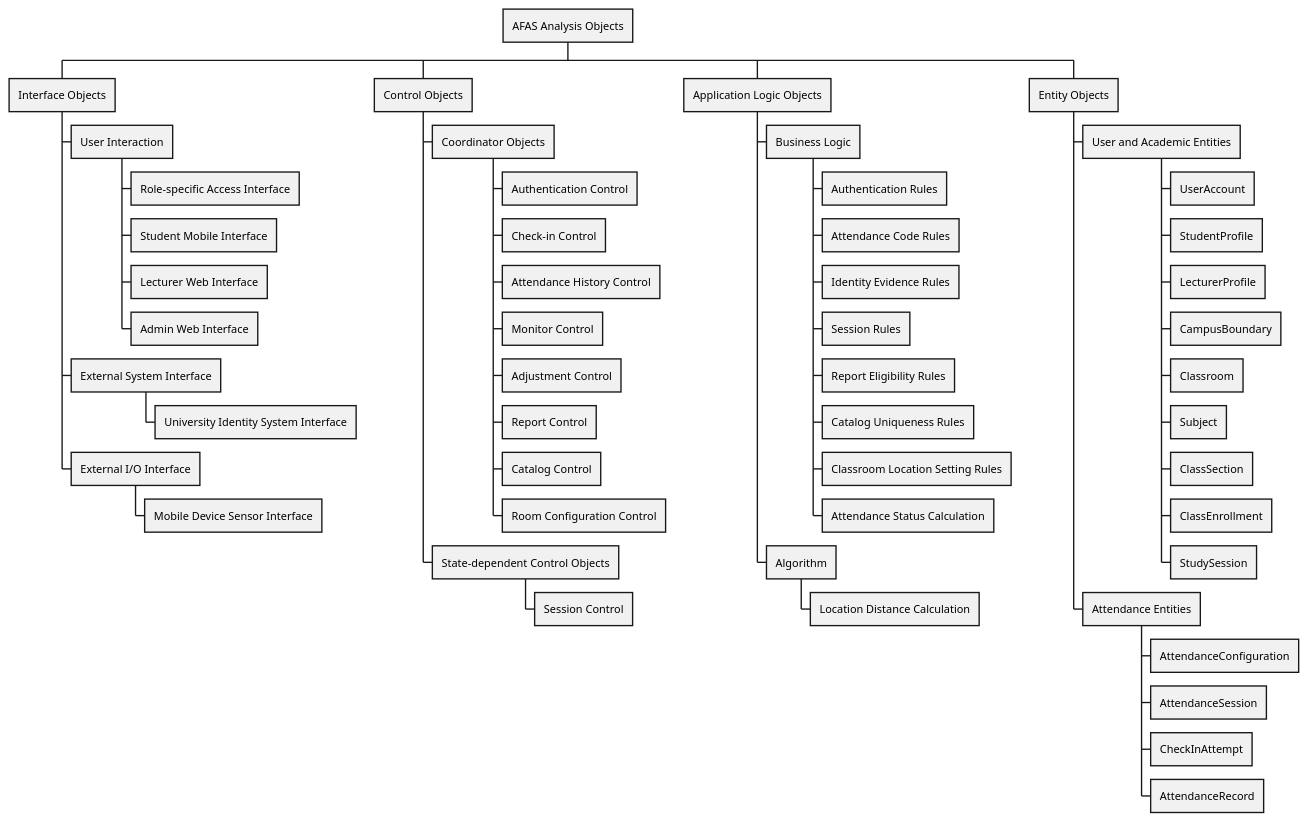
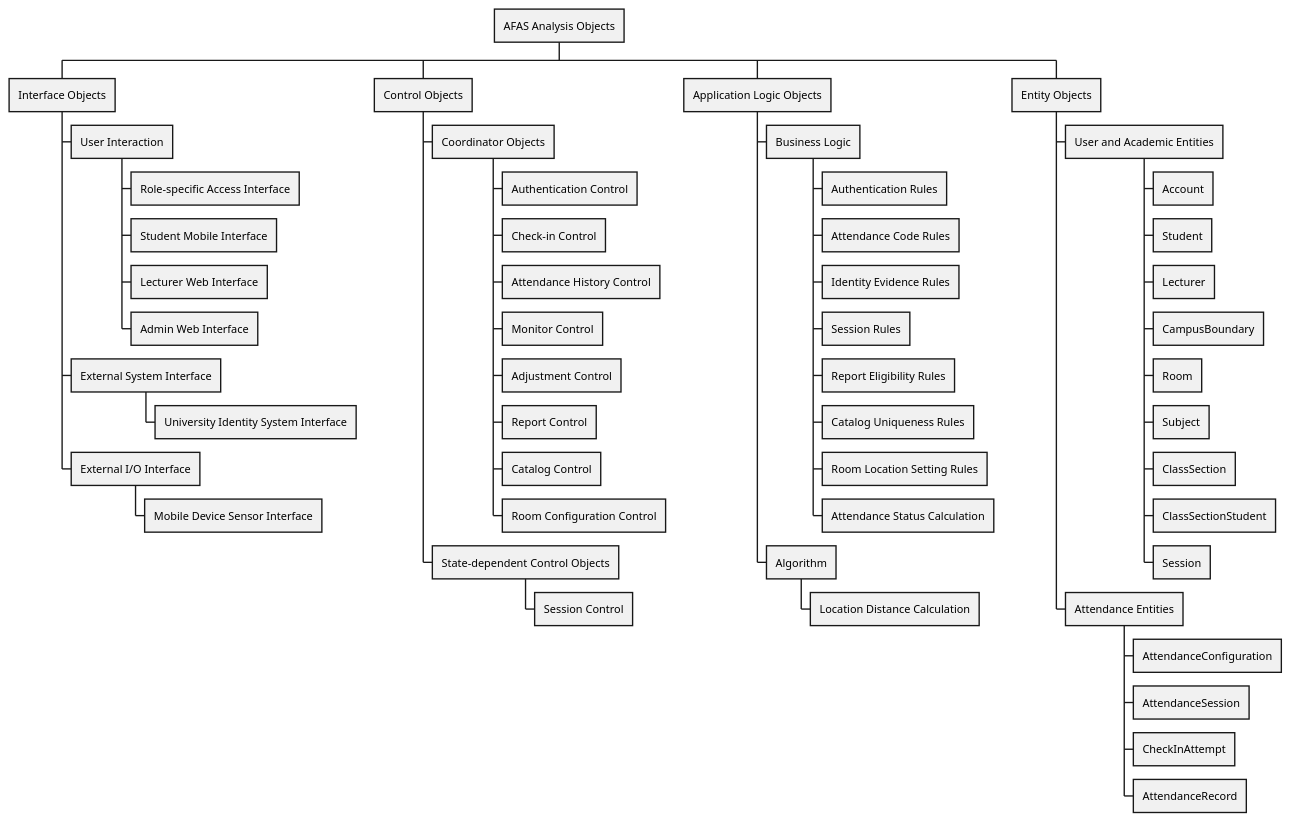
One commit to nttung42/SWD392 changed the third of 29 diagrams in docs/sds/2_Analysis.md. Above: the diagram before and after it, drawn with PlantUML. The commit also changed other lines of this file and 2 other files, not shown here.

````diff
--- a/docs/sds/2_Analysis.md
+++ b/docs/sds/2_Analysis.md
@@ -207,55 +215,55 @@
 ```plantuml
 @startwbs
 * AFAS Analysis Objects
 ** Interface Objects
 *** User Interaction
 **** Role-specific Access Interface
 **** Student Mobile Interface
 **** Lecturer Web Interface
 **** Admin Web Interface
 *** External System Interface
 **** University Identity System Interface
 *** External I/O Interface
 **** Mobile Device Sensor Interface
 ** Control Objects
 *** Coordinator Objects
 **** Authentication Control
 **** Check-in Control
 **** Attendance History Control
 **** Monitor Control
 **** Adjustment Control
 **** Report Control
 **** Catalog Control
 **** Room Configuration Control
 *** State-dependent Control Objects
 **** Session Control
 ** Application Logic Objects
 *** Business Logic
 **** Authentication Rules
 **** Attendance Code Rules
 **** Identity Evidence Rules
 **** Session Rules
 **** Report Eligibility Rules
 **** Catalog Uniqueness Rules
-**** Classroom Location Setting Rules
+**** Room Location Setting Rules
 **** Attendance Status Calculation
 *** Algorithm
 **** Location Distance Calculation
 ** Entity Objects
 *** User and Academic Entities
-**** UserAccount
-**** StudentProfile
-**** LecturerProfile
+**** Account
+**** Student
+**** Lecturer
 **** CampusBoundary
-**** Classroom
+**** Room
 **** Subject
 **** ClassSection
-**** ClassEnrollment
-**** StudySession
+**** ClassSectionStudent
+**** Session
 *** Attendance Entities
 **** AttendanceConfiguration
 **** AttendanceSession
 **** CheckInAttempt
 **** AttendanceRecord
 @endwbs
 ```
````
